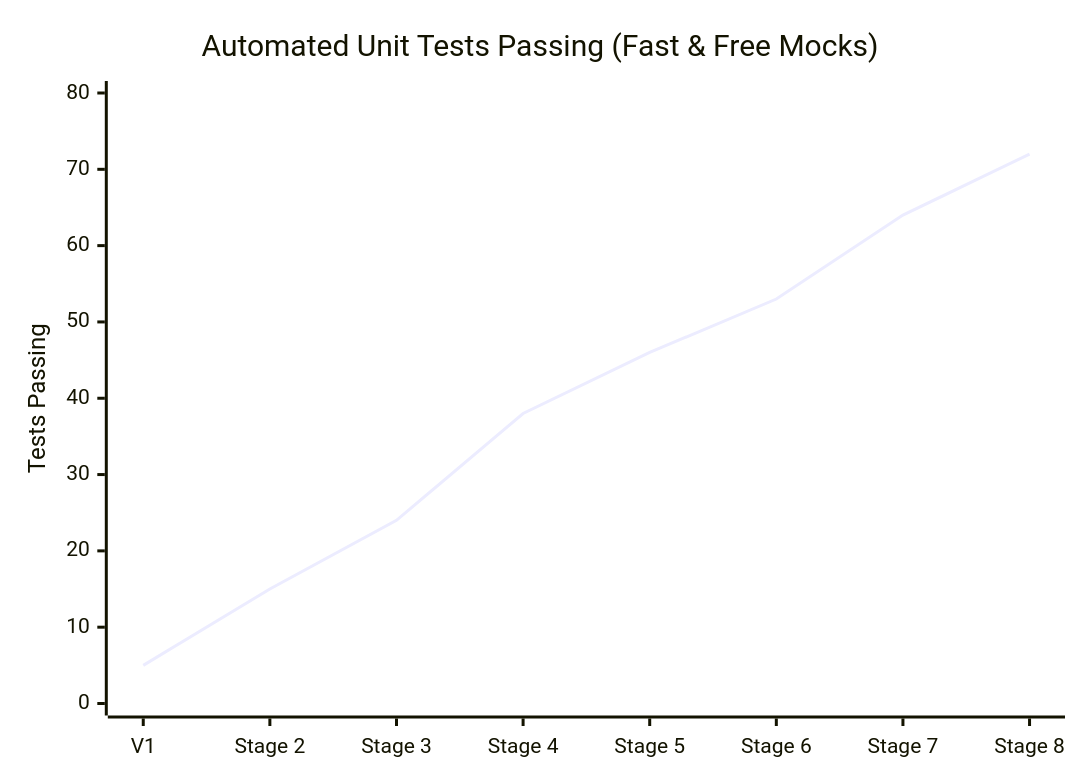
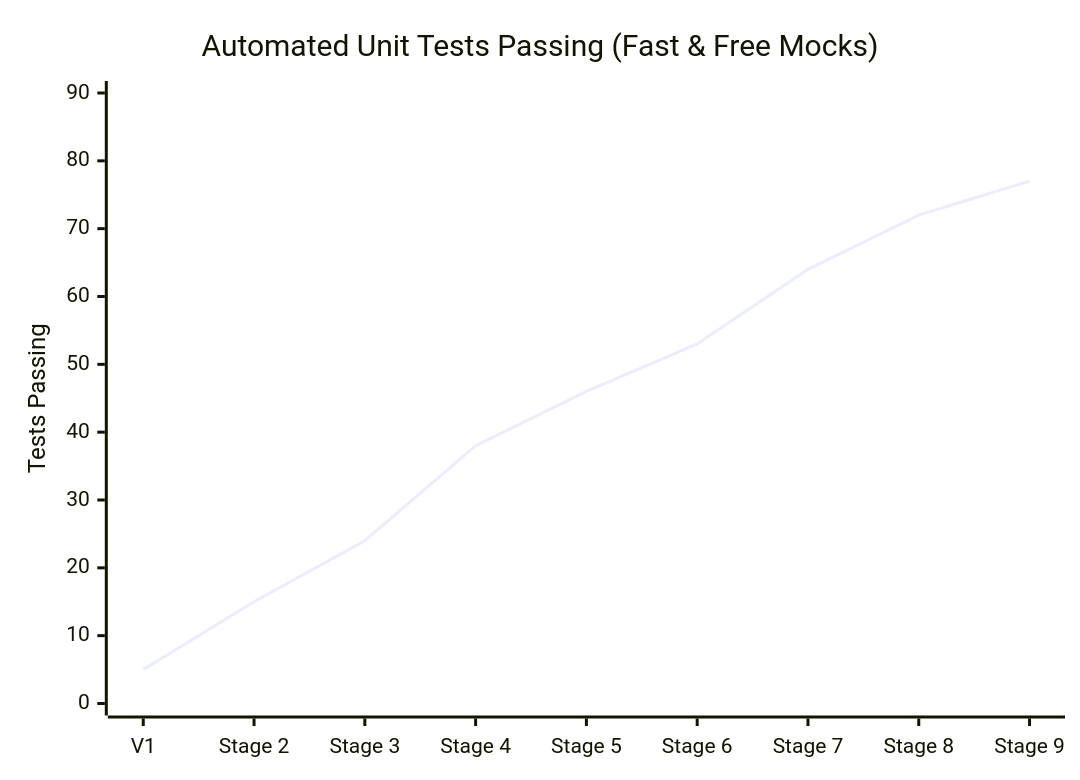
Before and after one commit to Rx4445/job-agent-: the second of 3 diagrams in METRICS.md, drawn with Mermaid. The commit also changed other lines of this file and 4 other files, not shown here.

````diff
--- a/METRICS.md
+++ b/METRICS.md
@@ -19,7 +19,7 @@
 ```mermaid
 xychart-beta
     title "Automated Unit Tests Passing (Fast & Free Mocks)"
-    x-axis ["V1", "Stage 2", "Stage 3", "Stage 4", "Stage 5", "Stage 6", "Stage 7", "Stage 8"]
-    y-axis "Tests Passing" 0 --> 80
-    line [5, 15, 24, 38, 46, 53, 64, 72]
+    x-axis ["V1", "Stage 2", "Stage 3", "Stage 4", "Stage 5", "Stage 6", "Stage 7", "Stage 8", "Stage 9"]
+    y-axis "Tests Passing" 0 --> 90
+    line [5, 15, 24, 38, 46, 53, 64, 72, 77]
 ```
````
